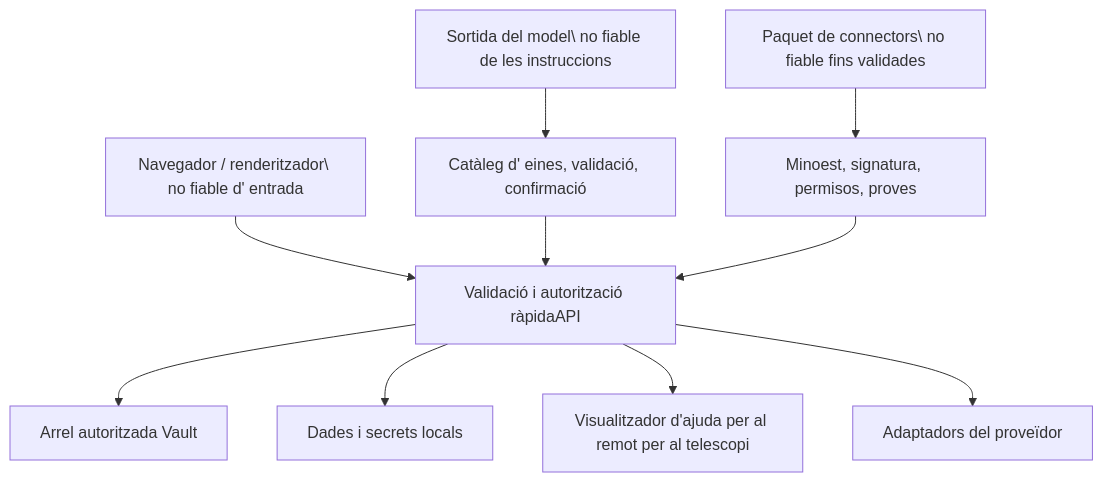
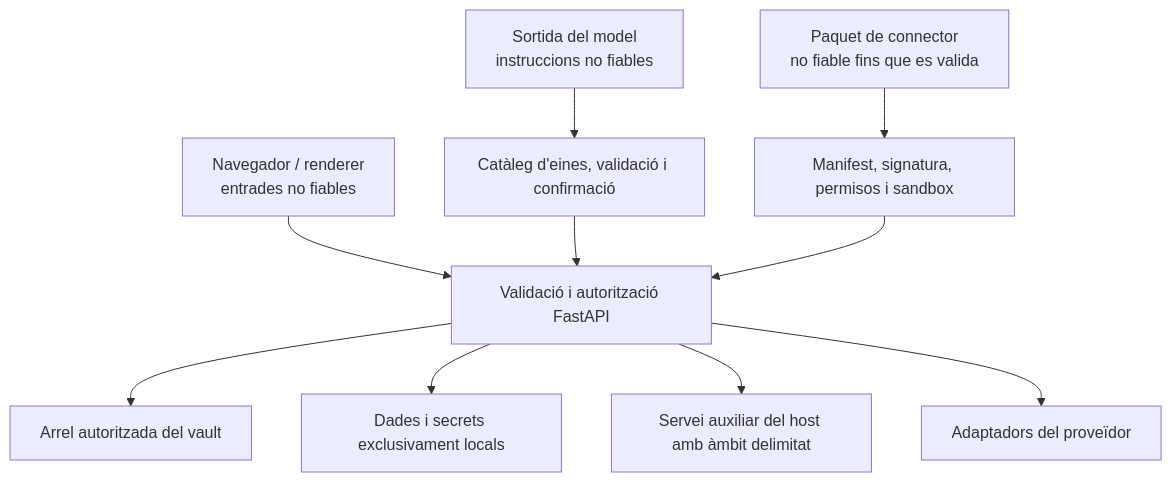
Before and after one commit to ismigar/Gnosi: the diagram in docs/engineering-ca/security/trust-model.md, drawn with Mermaid. The commit also changed other lines of this file and 96 other files, not shown here.

````diff
--- a/docs/engineering-ca/security/trust-model.md
+++ b/docs/engineering-ca/security/trust-model.md
@@ -35,12 +36,12 @@
 ```mermaid
 flowchart TB
-    Browser["Navegador / renderitzador\ no fiable d' entrada"] --> API["Validació i autorització ràpidaAPI"]
-    API --> Vault["Arrel autoritzada Vault"]
-    API --> Local["Dades i secrets locals"]
-    API --> Helper["Visualitzador d'ajuda per al remot per al telescopi"]
+    Browser["Navegador / renderer\nentrades no fiables"] --> API["Validació i autorització FastAPI"]
+    API --> Vault["Arrel autoritzada del vault"]
+    API --> Local["Dades i secrets exclusivament locals"]
+    API --> Helper["Servei auxiliar del host amb àmbit delimitat"]
     API --> External["Adaptadors del proveïdor"]
-    Agent["Sortida del model\ no fiable de les instruccions"] --> Tools["Catàleg d' eines, validació, confirmació"]
+    Agent["Sortida del model\ninstruccions no fiables"] --> Tools["Catàleg d'eines, validació i confirmació"]
     Tools --> API
-    Plugin["Paquet de connectors\ no fiable fins validades"] --> Sandbox["Minoest, signatura, permisos, proves"]
+    Plugin["Paquet de connector\nno fiable fins que es valida"] --> Sandbox["Manifest, signatura, permisos i sandbox"]
     Sandbox --> API
 ```
````
